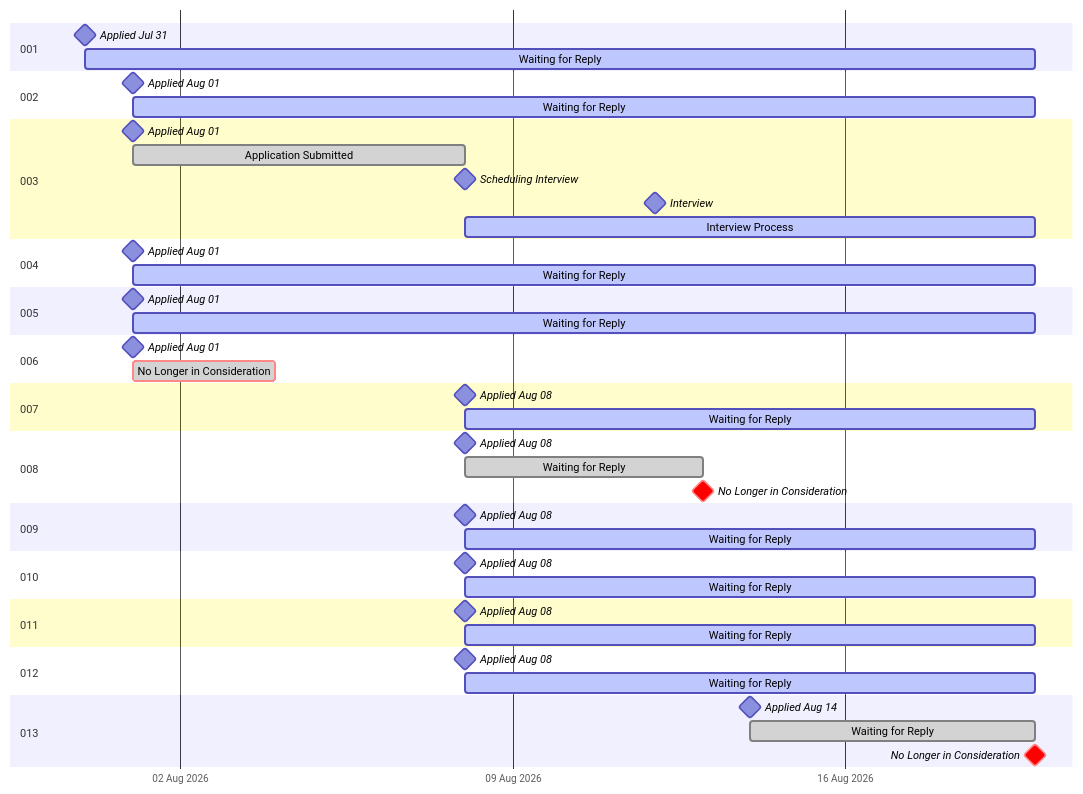
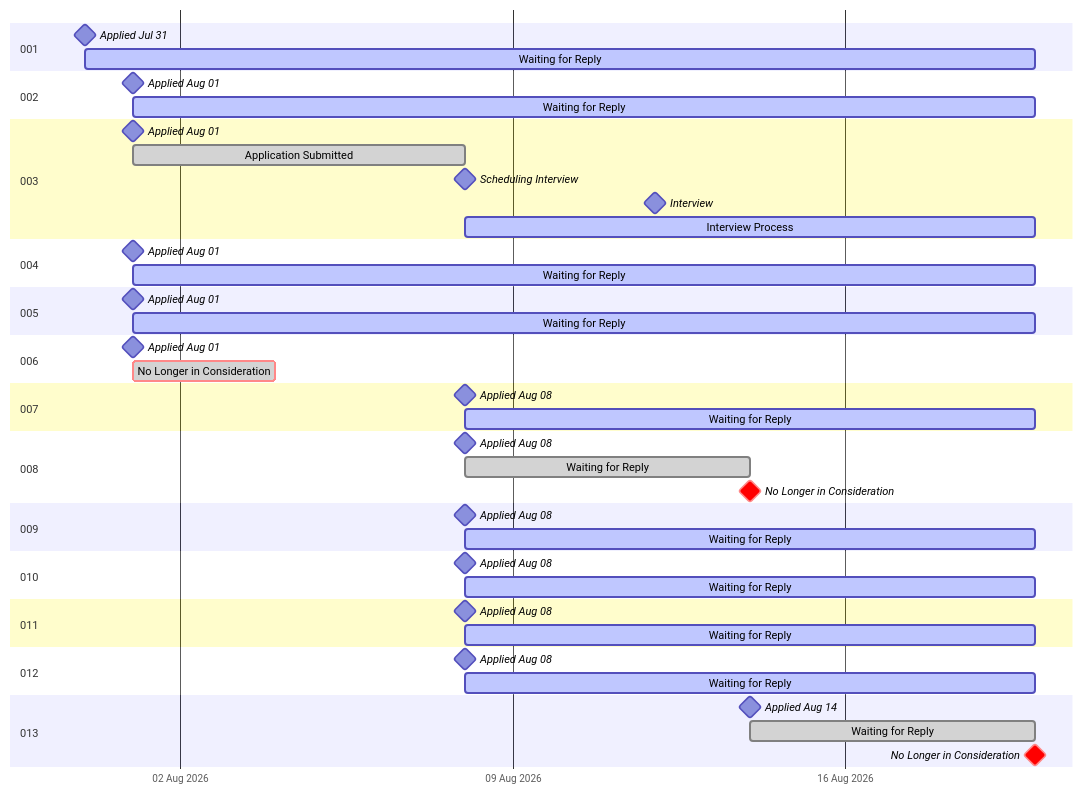
Before and after one commit to RileyBeenders/rileybeenders.com: the diagram in data/more-info/gantt.md, drawn with Mermaid. The commit also changed other lines of this file and 18 other files, not shown here.

````diff
--- a/data/more-info/gantt.md
+++ b/data/more-info/gantt.md
@@ -1,63 +1,63 @@
 ```mermaid
   gantt
     dateFormat YYYY-MM-DD
     tickInterval 1week
     axisFormat %d %b %Y
 
     section 001
     Applied Jul 31                  :milestone, 2026-07-31, 0d
     Waiting for Reply               :active, 2026-07-31, 20d
 
     section 002
     Applied Aug 01                  :milestone, 2026-08-01, 0d
     Waiting for Reply               :active, 2026-08-01, 19d
 
     section 003
     Applied Aug 01                  :milestone, 2026-08-01, 0d
     Application Submitted           :done, 2026-08-01, 7d
     Scheduling Interview            :milestone, 2026-08-08, 0d
     Interview                       :milestone, 2026-08-12, 0d
     Interview Process               :active, 2026-08-08, 12d
 
     section 004
     Applied Aug 01                  :milestone, 2026-08-01, 0d
     Waiting for Reply               :active, 2026-08-01, 19d
 
     section 005
     Applied Aug 01                  :milestone, 2026-08-01, 0d
     Waiting for Reply               :active, 2026-08-01, 19d
 
     section 006
     Applied Aug 01                  :milestone, 2026-08-01, 0d
     No Longer in Consideration      :crit, done, 2026-08-01, 3d
 
     section 007
     Applied Aug 08                  :milestone, 2026-08-08, 0d
     Waiting for Reply               :active, 2026-08-08, 12d
 
     section 008
     Applied Aug 08                  :milestone, 2026-08-08, 0d
-    Waiting for Reply               :done, 2026-08-08, 5d
-    No Longer in Consideration      :crit, milestone, 2026-08-13, 0d
+    Waiting for Reply               :done, 2026-08-08, 6d
+    No Longer in Consideration      :crit, milestone, 2026-08-14, 0d
 
     section 009
     Applied Aug 08                  :milestone, 2026-08-08, 0d
     Waiting for Reply               :active, 2026-08-08, 12d
 
     section 010
     Applied Aug 08                  :milestone, 2026-08-08, 0d
     Waiting for Reply               :active, 2026-08-08, 12d
 
     section 011
     Applied Aug 08                  :milestone, 2026-08-08, 0d
     Waiting for Reply               :active, 2026-08-08, 12d
 
     section 012
     Applied Aug 08                  :milestone, 2026-08-08, 0d
     Waiting for Reply               :active, 2026-08-08, 12d
 
     section 013
     Applied Aug 14                  :milestone, 2026-08-14, 0d
     Waiting for Reply               :done, 2026-08-14, 6d
     No Longer in Consideration      :crit, milestone, 2026-08-20, 0d
 ```
````
